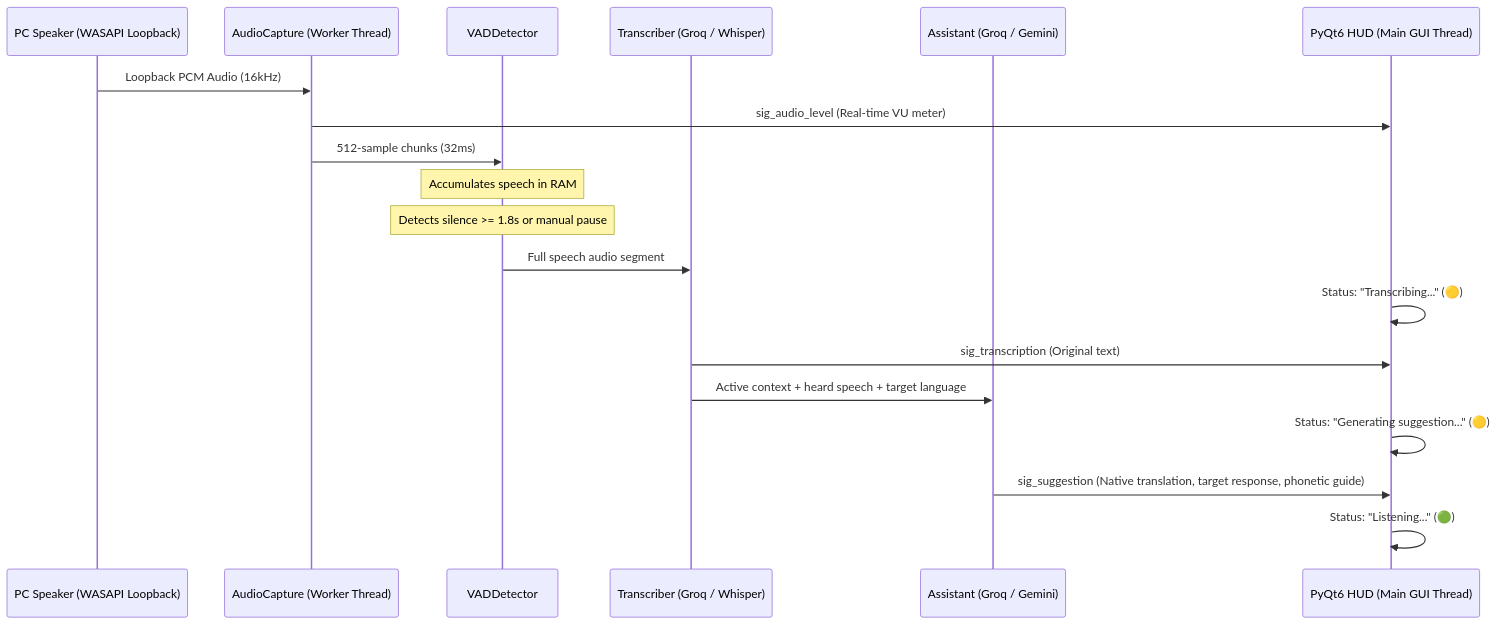
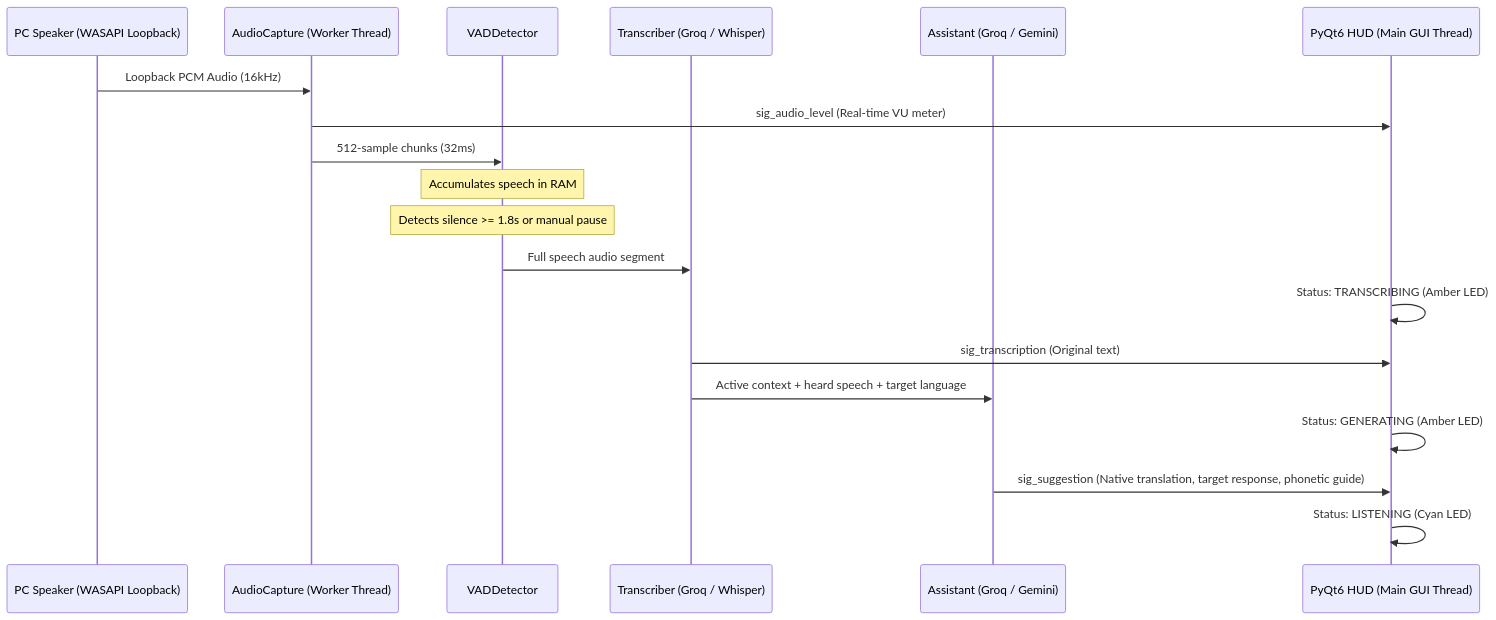
One commit to Merc4x/LiveCopilot changed the diagram in README.md. Above: the diagram before and after it, drawn with Mermaid. The commit also changed other lines of this file and 4 other files, not shown here.

````diff
--- a/README.md
+++ b/README.md
@@ -47,22 +58,22 @@
 ```mermaid
 sequenceDiagram
     participant Spk as PC Speaker (WASAPI Loopback)
     participant Cap as AudioCapture (Worker Thread)
     participant VAD as VADDetector
     participant STT as Transcriber (Groq / Whisper)
     participant LLM as Assistant (Groq / Gemini)
     participant UI as PyQt6 HUD (Main GUI Thread)
 
     Spk->>Cap: Loopback PCM Audio (16kHz)
     Cap->>UI: sig_audio_level (Real-time VU meter)
     Cap->>VAD: 512-sample chunks (32ms)
     Note over VAD: Accumulates speech in RAM
     Note over VAD: Detects silence >= 1.8s or manual pause
     VAD->>STT: Full speech audio segment
-    UI->>UI: Status: "Transcribing..." (🟡)
+    UI->>UI: Status: TRANSCRIBING (Amber LED)
     STT->>UI: sig_transcription (Original text)
     STT->>LLM: Active context + heard speech + target language
-    UI->>UI: Status: "Generating suggestion..." (🟡)
+    UI->>UI: Status: GENERATING (Amber LED)
     LLM->>UI: sig_suggestion (Native translation, target response, phonetic guide)
-    UI->>UI: Status: "Listening..." (🟢)
+    UI->>UI: Status: LISTENING (Cyan LED)
 ```
````
